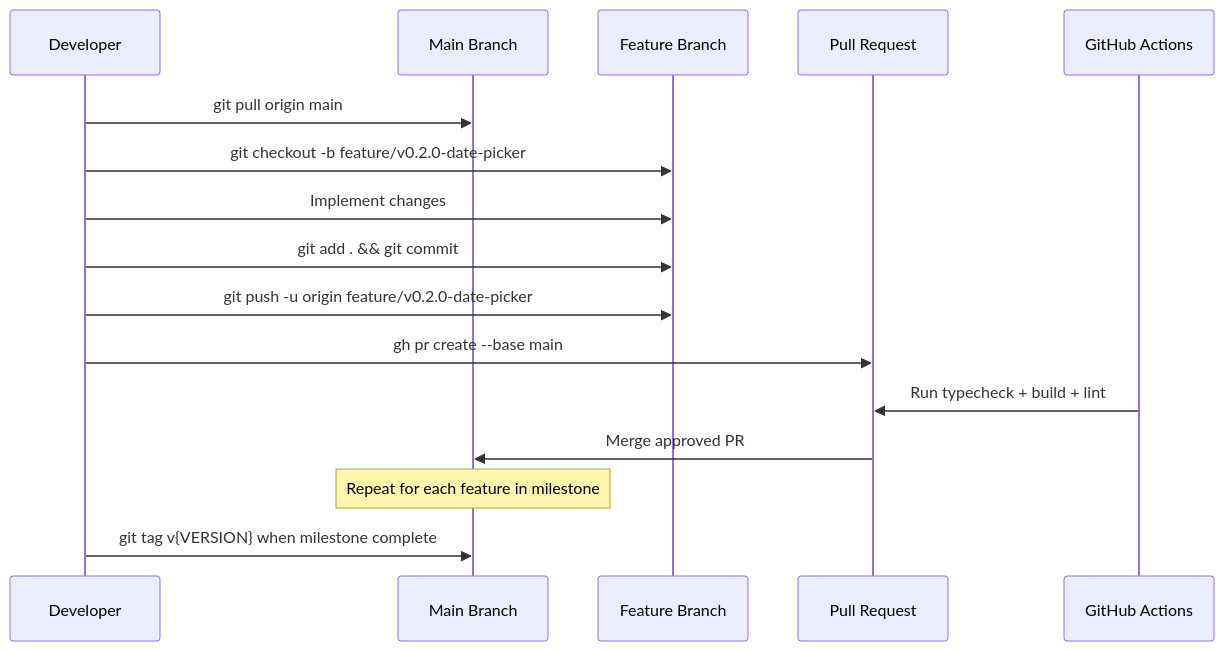
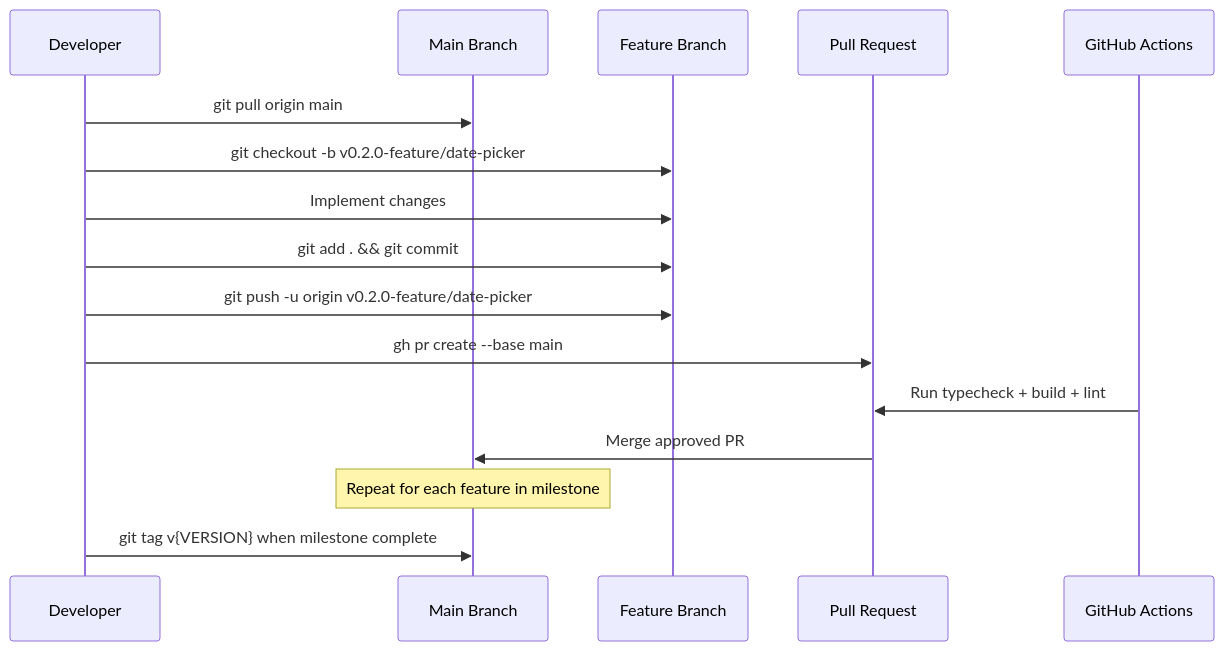
One commit to WianVDM/schema-framework changed the third of 4 diagrams in docs/roadmap.md. Above: the diagram before and after it, drawn with Mermaid. The commit also changed other lines of this file and 31 other files, not shown here.

Commit message:
feat: add DatePicker primitive + fix Slice 1 gaps

````diff
--- a/docs/roadmap.md
+++ b/docs/roadmap.md
@@ -495,19 +503,19 @@
 ```mermaid
 sequenceDiagram
     participant Dev as Developer
     participant Main as Main Branch
     participant Feature as Feature Branch
     participant PR as Pull Request
     participant CI as GitHub Actions
 
     Dev->>Main: git pull origin main
-    Dev->>Feature: git checkout -b feature/v0.2.0-date-picker
+    Dev->>Feature: git checkout -b v0.2.0-feature/date-picker
     Dev->>Feature: Implement changes
     Dev->>Feature: git add . && git commit
-    Dev->>Feature: git push -u origin feature/v0.2.0-date-picker
+    Dev->>Feature: git push -u origin v0.2.0-feature/date-picker
     Dev->>PR: gh pr create --base main
     CI->>PR: Run typecheck + build + lint
     PR->>Main: Merge approved PR
     Note over Main: Repeat for each feature in milestone
     Dev->>Main: git tag v{VERSION} when milestone complete
 ```
````
